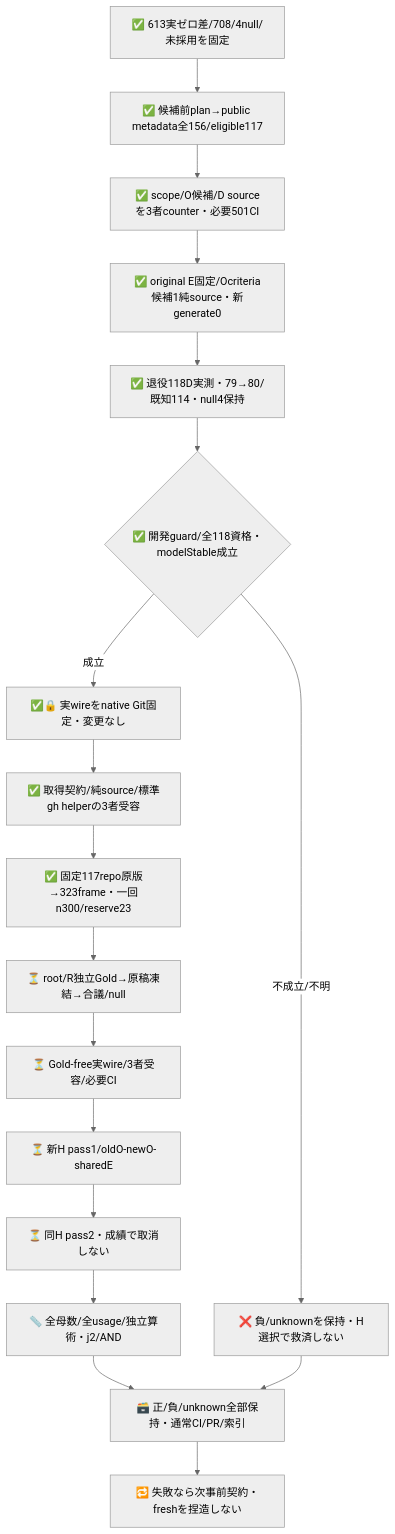
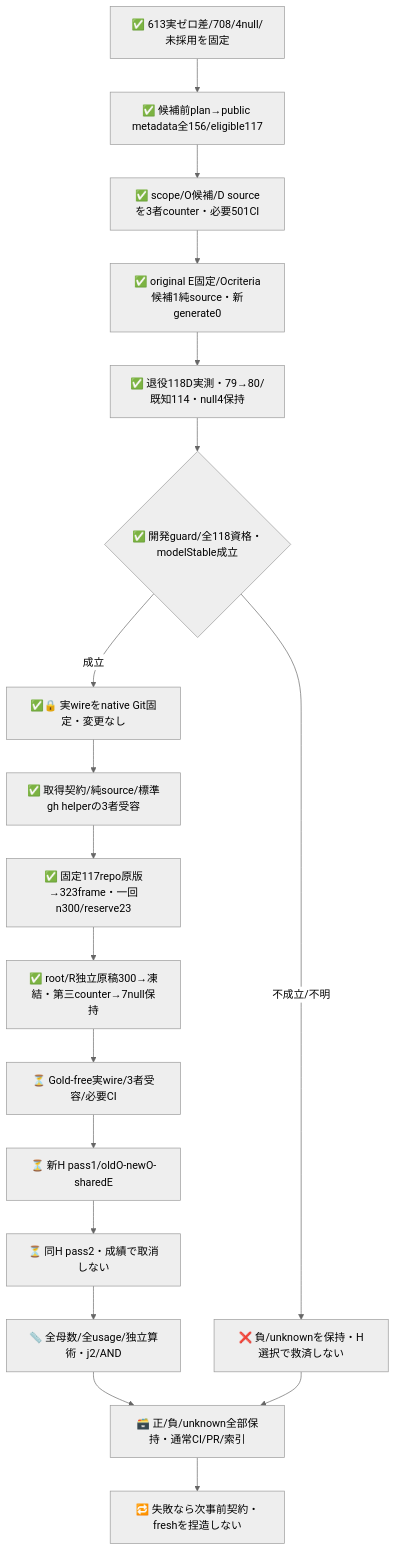
One commit to roccho-org/ops changed the second of 2 diagrams in experiments/sys1-eval-loop/observation/README.md. Above: the diagram before and after it, drawn with Mermaid (neutral theme). The commit also changed other lines of this file and 7 other files, not shown here.

````diff
--- a/experiments/sys1-eval-loop/observation/README.md
+++ b/experiments/sys1-eval-loop/observation/README.md
@@ -87,20 +91,20 @@
 ```mermaid
 flowchart TB
   OLD["✅ 613実ゼロ差/708/4null/未採用を固定"] --> META["✅ 候補前plan→public metadata全156/eligible117"]
   META --> REVIEW["✅ scope/O候補/D sourceを3者counter・必要501CI"]
   REVIEW --> C["✅ original E固定/Ocriteria候補1純source・新generate0"]
   C --> D["✅ 退役118D実測・79→80/既知114・null4保持"]
   D --> DG{"✅ 開発guard/全118資格・modelStable成立"}
   DG -->|不成立/不明| NEG["❌ 負/unknownを保持・H選択で救済しない"]
   DG -->|成立| FREEZE["✅🔒 実wireをnative Git固定・変更なし"]
   FREEZE --> CAP["✅ 取得契約/純source/標準gh helperの3者受容"]
   CAP --> FRAME["✅ 固定117repo原版→323frame・一回n300/reserve23"]
-  FRAME --> GOLD["⏳ root/R独立Gold→原稿凍結→合議/null"]
+  FRAME --> GOLD["✅ root/R独立原稿300→凍結・第三counter→7null保持"]
   GOLD --> SOURCE["⏳ Gold-free実wire/3者受容/必要CI"]
   SOURCE --> P1["⏳ 新H pass1/oldO-newO-sharedE"]
   P1 --> P2["⏳ 同H pass2・成績で取消しない"]
   P2 --> SCORE["📏 全母数/全usage/独立算術・j2/AND"]
   SCORE --> END["🗃️ 正/負/unknown全部保持・通常CI/PR/索引"]
   NEG --> END
   END --> NEXT["🔁 失敗なら次事前契約・freshを捏造しない"]
 ```
````
